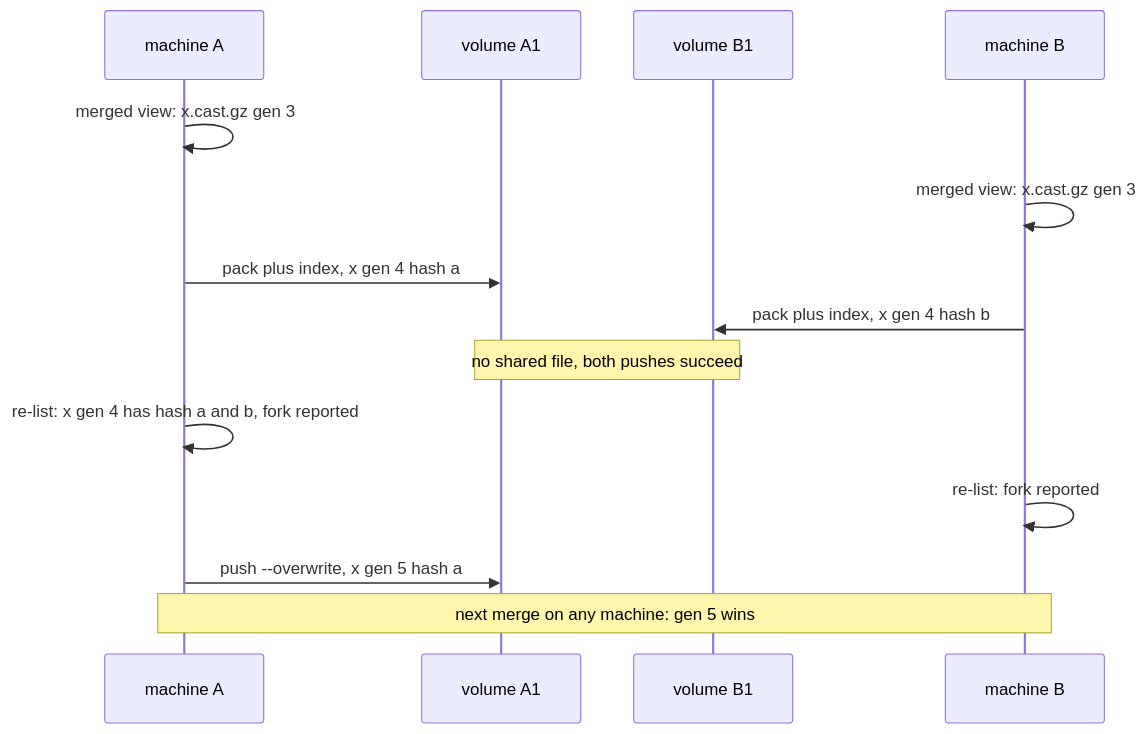
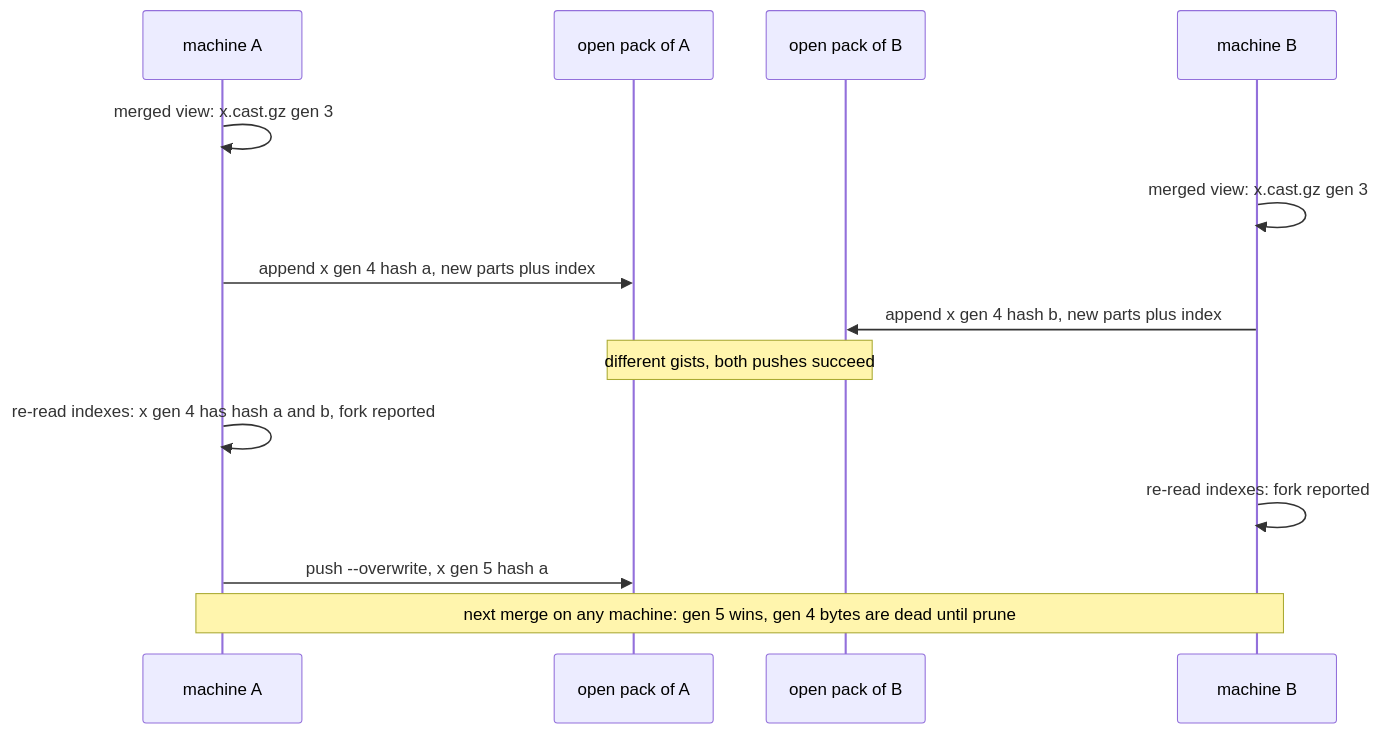
Before and after one commit to thiscantbeserious/agent-session-recorder: the eighth of 10 diagrams in .state/feature-sync-gist/ADR.md, drawn with Mermaid. The commit also changed other lines of this file, not shown here.

Commit message:
docs(docs): pack layer ADR reworked to one gist per pack, append-only open pack and index per pack

````diff
--- a/.state/feature-sync-gist/ADR.md
+++ b/.state/feature-sync-gist/ADR.md
@@ -1476,16 +1445,16 @@
 ```mermaid
 sequenceDiagram
     participant A as machine A
-    participant VA as volume A1
-    participant VB as volume B1
+    participant PA as open pack of A
+    participant PB as open pack of B
     participant B as machine B
     A->>A: merged view: x.cast.gz gen 3
     B->>B: merged view: x.cast.gz gen 3
-    A->>VA: pack plus index, x gen 4 hash a
-    B->>VB: pack plus index, x gen 4 hash b
-    Note over VA,VB: no shared file, both pushes succeed
-    A->>A: re-list: x gen 4 has hash a and b, fork reported
-    B->>B: re-list: fork reported
-    A->>VA: push --overwrite, x gen 5 hash a
-    Note over A,B: next merge on any machine: gen 5 wins
+    A->>PA: append x gen 4 hash a, new parts plus index
+    B->>PB: append x gen 4 hash b, new parts plus index
+    Note over PA,PB: different gists, both pushes succeed
+    A->>A: re-read indexes: x gen 4 has hash a and b, fork reported
+    B->>B: re-read indexes: fork reported
+    A->>PA: push --overwrite, x gen 5 hash a
+    Note over A,B: next merge on any machine: gen 5 wins, gen 4 bytes are dead until prune
 ```
````
